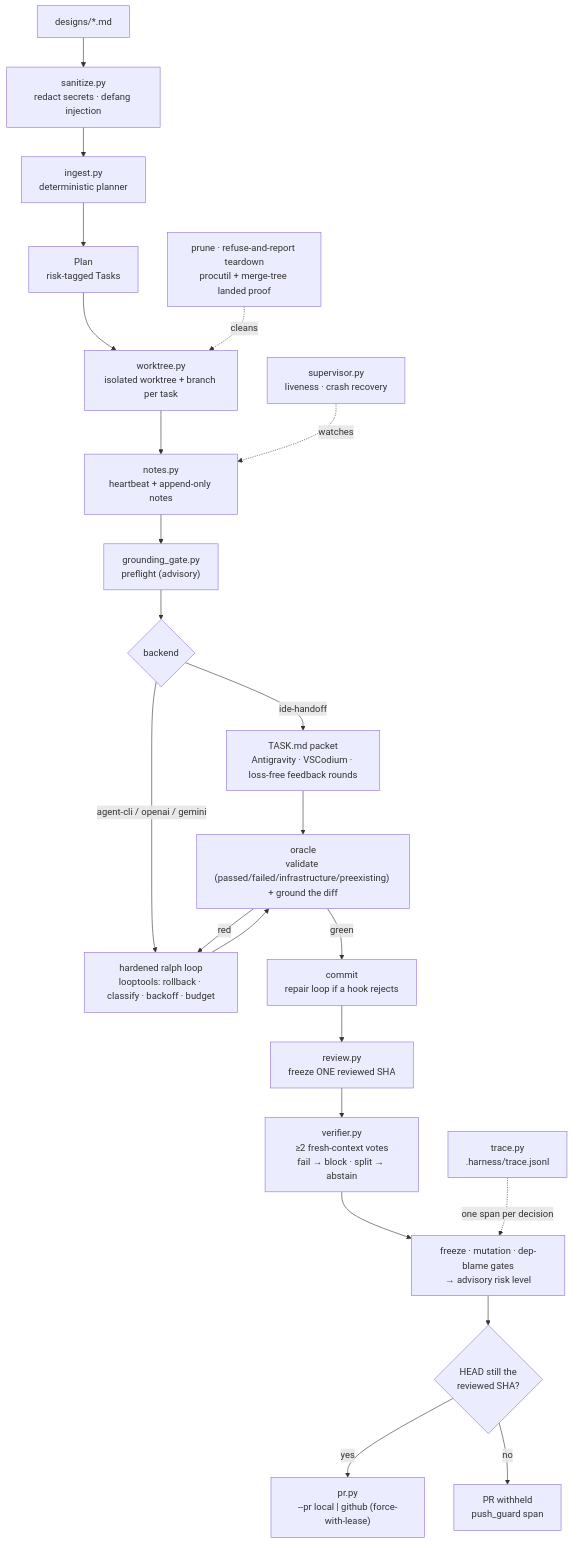
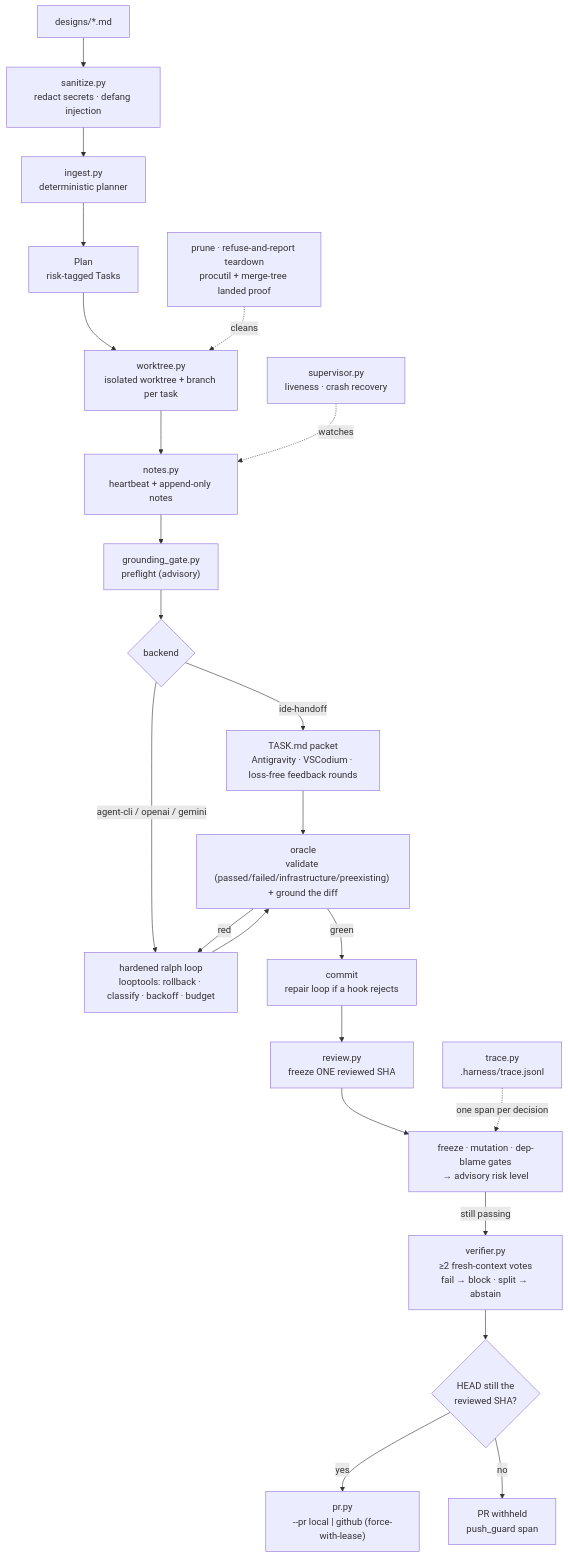
The second of 4 diagrams in ARCHITECTURE.md (cabal19421/harness-oss), drawn with Mermaid before and after one commit. The commit also changed other lines of this file and 66 other files, not shown here.

````diff
--- a/ARCHITECTURE.md
+++ b/ARCHITECTURE.md
@@ -135,25 +141,25 @@
 ```mermaid
 flowchart TB
     D["designs/*.md"] --> SAN["sanitize.py\nredact secrets · defang injection"]
     SAN --> ING["ingest.py\ndeterministic planner"]
     ING --> PLAN["Plan\nrisk-tagged Tasks"]
     PLAN --> WT["worktree.py\nisolated worktree + branch per task"]
     WT --> HB["notes.py\nheartbeat + append-only notes"]
     HB --> GATE1["grounding_gate.py\npreflight (advisory)"]
     GATE1 --> BACK{"backend"}
     BACK -->|ide-handoff| PKT["TASK.md packet\nAntigravity · VSCodium · loss-free feedback rounds"]
     BACK -->|agent-cli / openai / gemini| RALPH["hardened ralph loop\nlooptools: rollback · classify · backoff · budget"]
     PKT --> ORACLE["oracle\nvalidate (passed/failed/infrastructure/preexisting) + ground the diff"]
     RALPH --> ORACLE
     ORACLE -->|red| RALPH
     ORACLE -->|green| COMMIT["commit\nrepair loop if a hook rejects"]
     COMMIT --> FREEZE["review.py\nfreeze ONE reviewed SHA"]
-    FREEZE --> VER["verifier.py\n≥2 fresh-context votes\nfail → block · split → abstain"]
-    VER --> GATES["freeze · mutation · dep-blame gates\n→ advisory risk level"]
-    GATES --> GUARD{"HEAD still the\nreviewed SHA?"}
+    FREEZE --> GATES["freeze · mutation · dep-blame gates\n→ advisory risk level"]
+    GATES -->|still passing| VER["verifier.py\n≥2 fresh-context votes\nfail → block · split → abstain"]
+    VER --> GUARD{"HEAD still the\nreviewed SHA?"}
     GUARD -->|yes| PR["pr.py\n--pr local | github (force-with-lease)"]
     GUARD -->|no| HELD["PR withheld\npush_guard span"]
     SUP["supervisor.py\nliveness · crash recovery"] -. watches .-> HB
     CLEAN["prune · refuse-and-report teardown\nprocutil + merge-tree landed proof"] -. cleans .-> WT
     TR["trace.py\n.harness/trace.jsonl"] -. one span per decision .-> GATES
 ```
````
